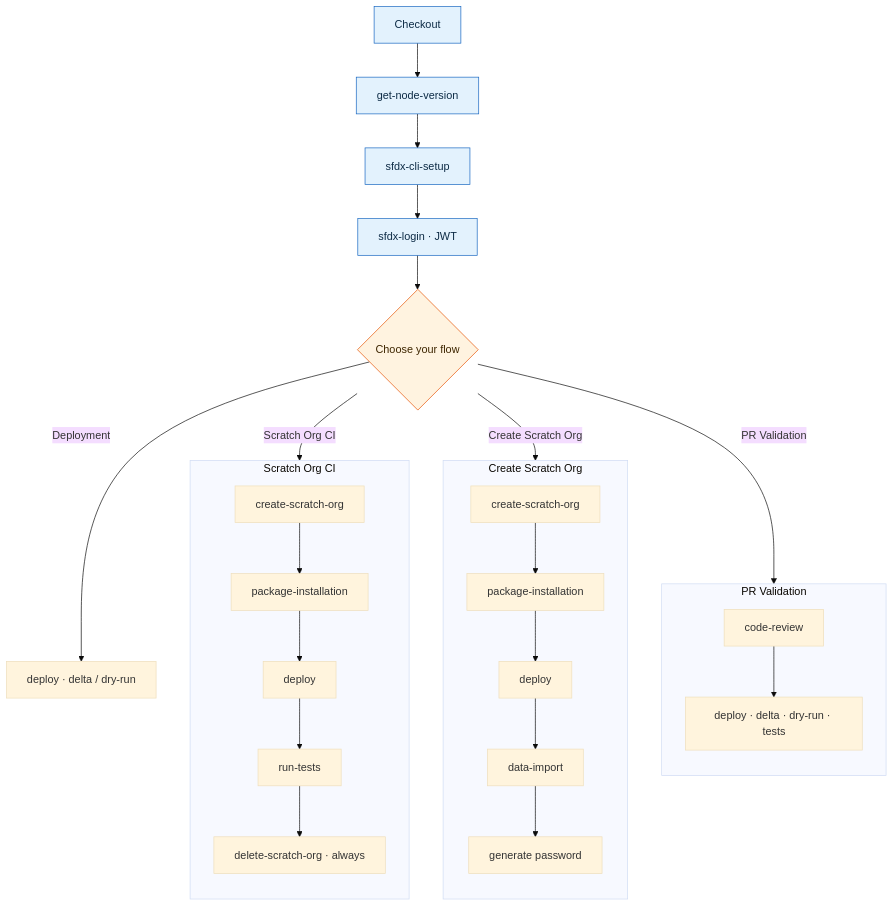
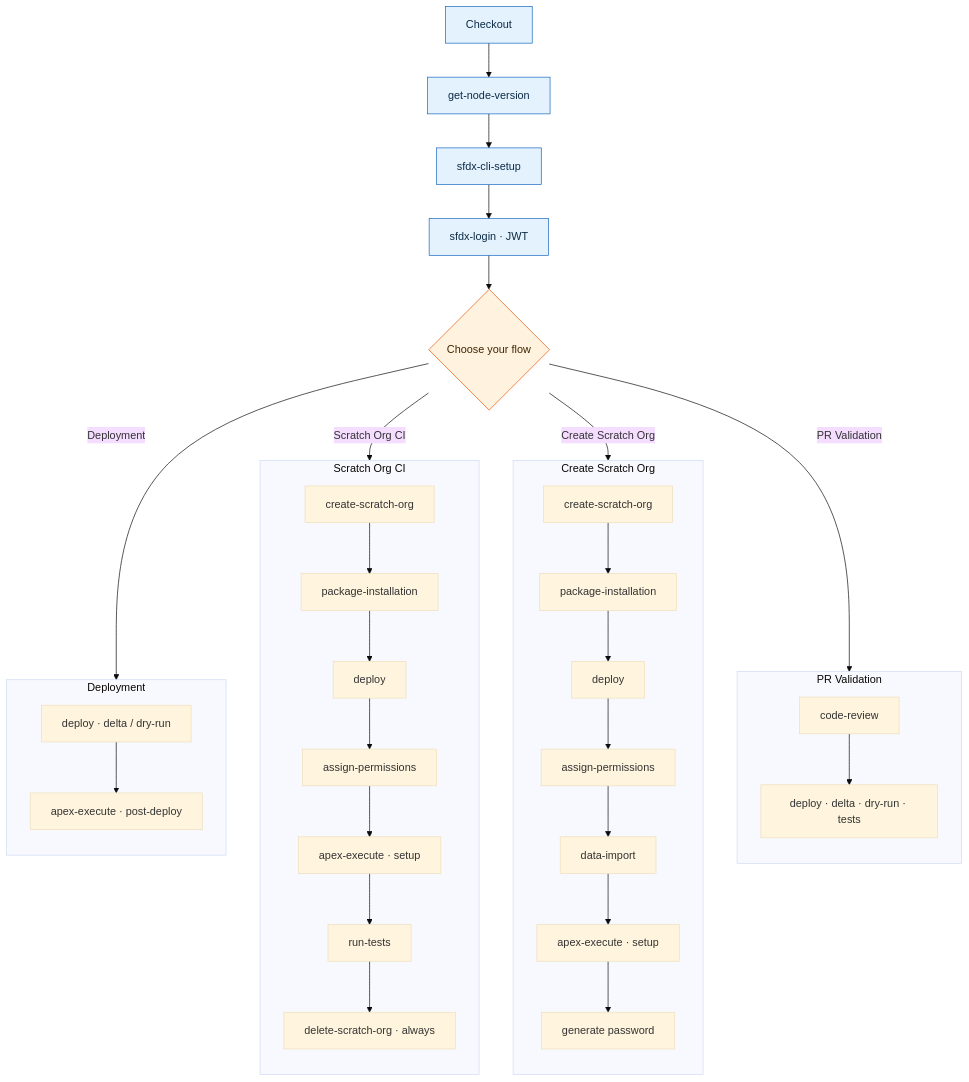
One commit to svierk/salesforce-devops-starter-kit changed the diagram in README.md. Above: the diagram before and after it, drawn with Mermaid (base theme). The commit also changed other lines of this file and 13 other files, not shown here.

````diff
--- a/README.md
+++ b/README.md
@@ -44,38 +46,47 @@
 ```mermaid
 flowchart TD
     A[Checkout] --> B[get-node-version]
     B --> C[sfdx-cli-setup]
     C --> D[sfdx-login · JWT]
     D --> E{Choose your flow}
 
     E -->|PR Validation| P[code-review]
     E -->|Create Scratch Org| F[create-scratch-org]
     E -->|Scratch Org CI| F2[create-scratch-org]
     E -->|Deployment| M[deploy · delta / dry-run]
 
     subgraph prv [PR Validation]
         direction TB
         P --> Pd[deploy · delta · dry-run · tests]
     end
 
     subgraph cso [Create Scratch Org]
         direction TB
         F --> G[package-installation]
         G --> H[deploy]
-        H --> I[data-import]
-        I --> PW[generate password]
+        H --> AP[assign-permissions]
+        AP --> I[data-import]
+        I --> AX[apex-execute · setup]
+        AX --> PW[generate password]
     end
 
     subgraph sci [Scratch Org CI]
         direction TB
         F2 --> G2[package-installation]
         G2 --> H2[deploy]
-        H2 --> J[run-tests]
+        H2 --> AP2[assign-permissions]
+        AP2 --> AX2[apex-execute · setup]
+        AX2 --> J[run-tests]
         J --> L[delete-scratch-org · always]
+    end
+
+    subgraph dep [Deployment]
+        direction TB
+        M --> AX3[apex-execute · post-deploy]
     end
 
     classDef setup fill:#e3f2fd,stroke:#1565c0,color:#0d2b45;
     classDef gate fill:#fff3e0,stroke:#e65100,color:#3e2600;
     class A,B,C,D setup;
     class E gate;
 ```
````
